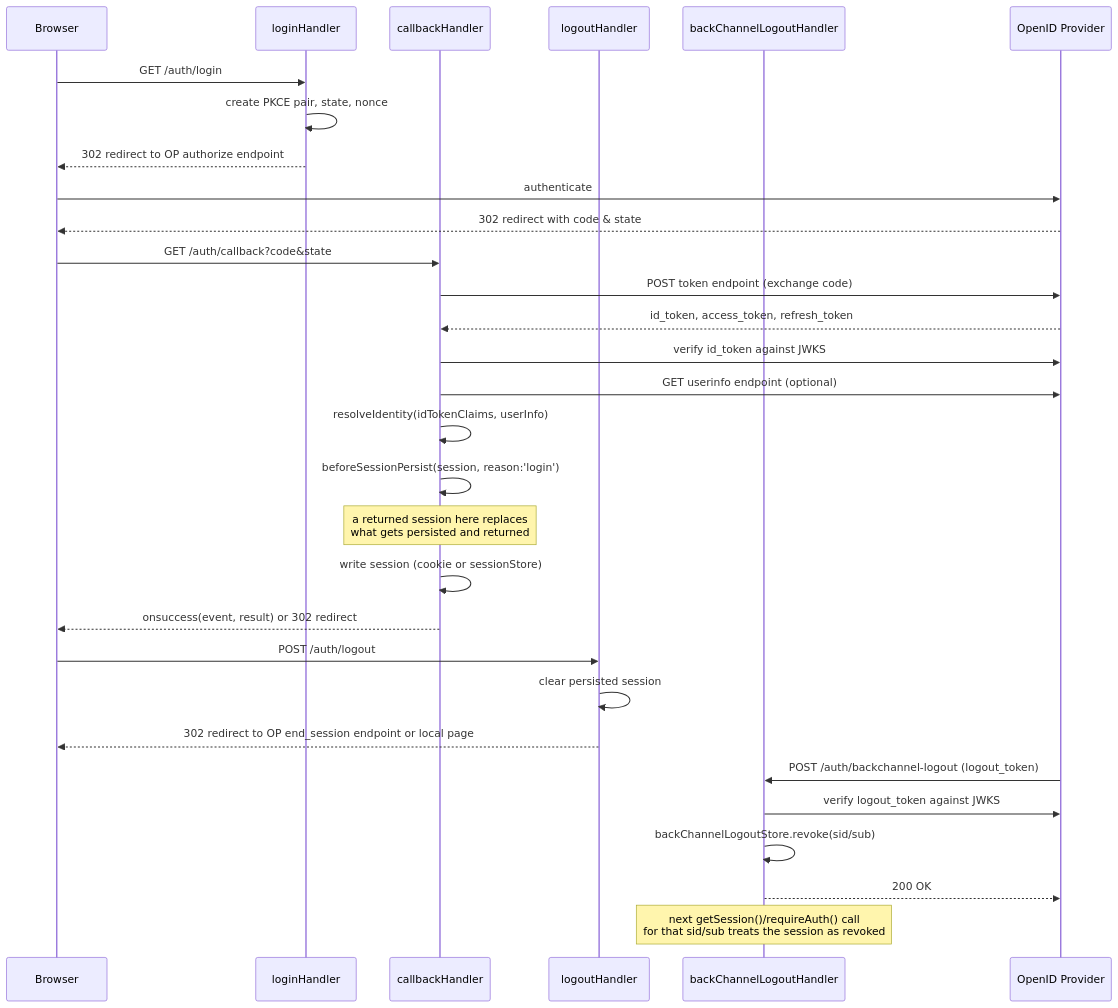
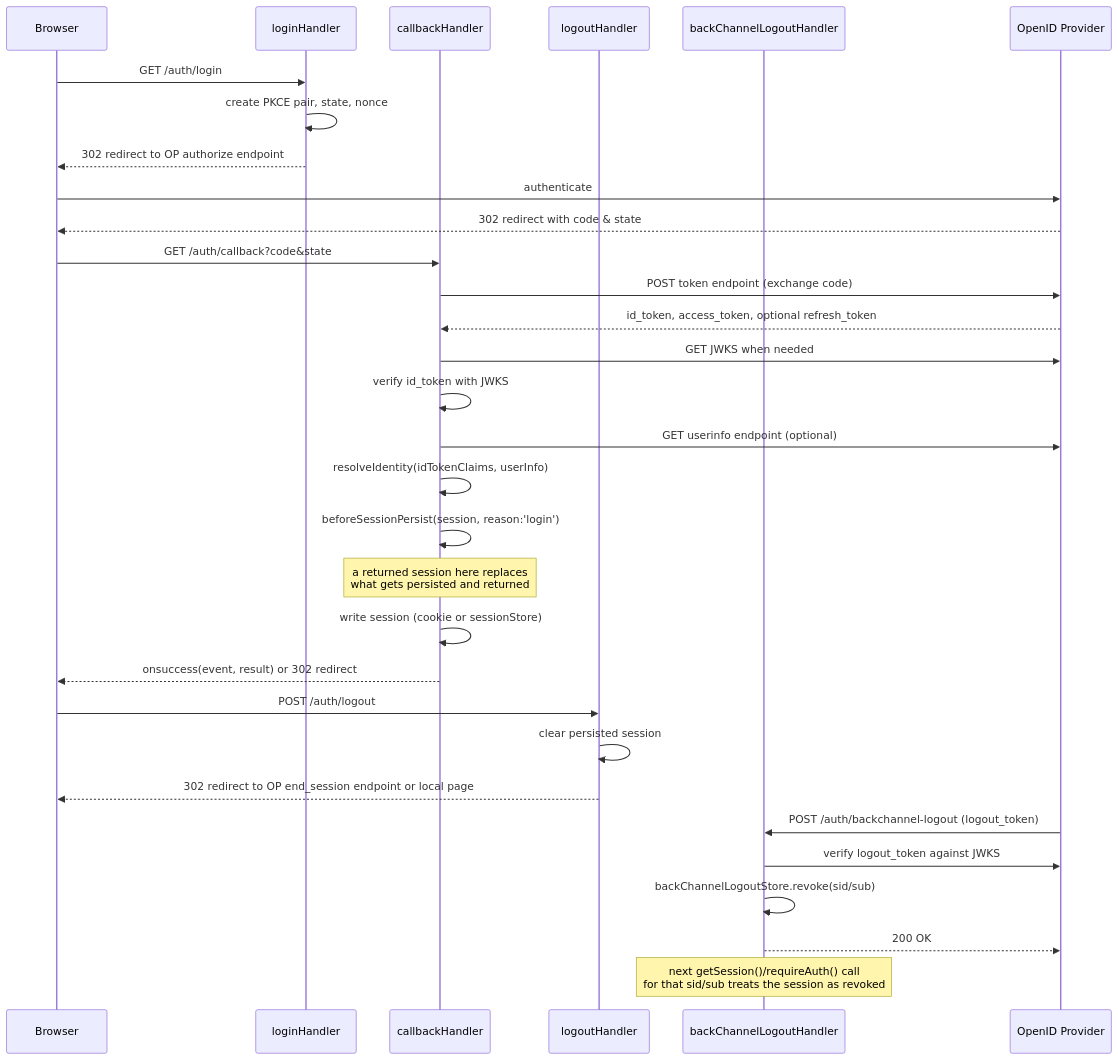
One commit to SourceRegistry/sveltekit-oidc changed the diagram in README.md. Above: the diagram before and after it, drawn with Mermaid. The commit also changed other lines of this file and 4 other files, not shown here.

````diff
--- a/README.md
+++ b/README.md
@@ -201,36 +221,37 @@
 ```mermaid
 sequenceDiagram
     participant Browser
     participant login as loginHandler
     participant callback as callbackHandler
     participant logout as logoutHandler
     participant bcl as backChannelLogoutHandler
     participant OP as OpenID Provider
 
     Browser->>login: GET /auth/login
     login->>login: create PKCE pair, state, nonce
     login-->>Browser: 302 redirect to OP authorize endpoint
     Browser->>OP: authenticate
     OP-->>Browser: 302 redirect with code & state
 
     Browser->>callback: GET /auth/callback?code&state
     callback->>OP: POST token endpoint (exchange code)
-    OP-->>callback: id_token, access_token, refresh_token
-    callback->>OP: verify id_token against JWKS
+    OP-->>callback: id_token, access_token, optional refresh_token
+    callback->>OP: GET JWKS when needed
+    callback->>callback: verify id_token with JWKS
     callback->>OP: GET userinfo endpoint (optional)
     callback->>callback: resolveIdentity(idTokenClaims, userInfo)
     callback->>callback: beforeSessionPersist(session, reason:'login')
     Note over callback: a returned session here replaces<br/>what gets persisted and returned
     callback->>callback: write session (cookie or sessionStore)
     callback-->>Browser: onsuccess(event, result) or 302 redirect
 
     Browser->>logout: POST /auth/logout
     logout->>logout: clear persisted session
     logout-->>Browser: 302 redirect to OP end_session endpoint or local page
 
     OP->>bcl: POST /auth/backchannel-logout (logout_token)
     bcl->>OP: verify logout_token against JWKS
     bcl->>bcl: backChannelLogoutStore.revoke(sid/sub)
     bcl-->>OP: 200 OK
     Note over bcl: next getSession()/requireAuth() call<br/>for that sid/sub treats the session as revoked
 ```
````
